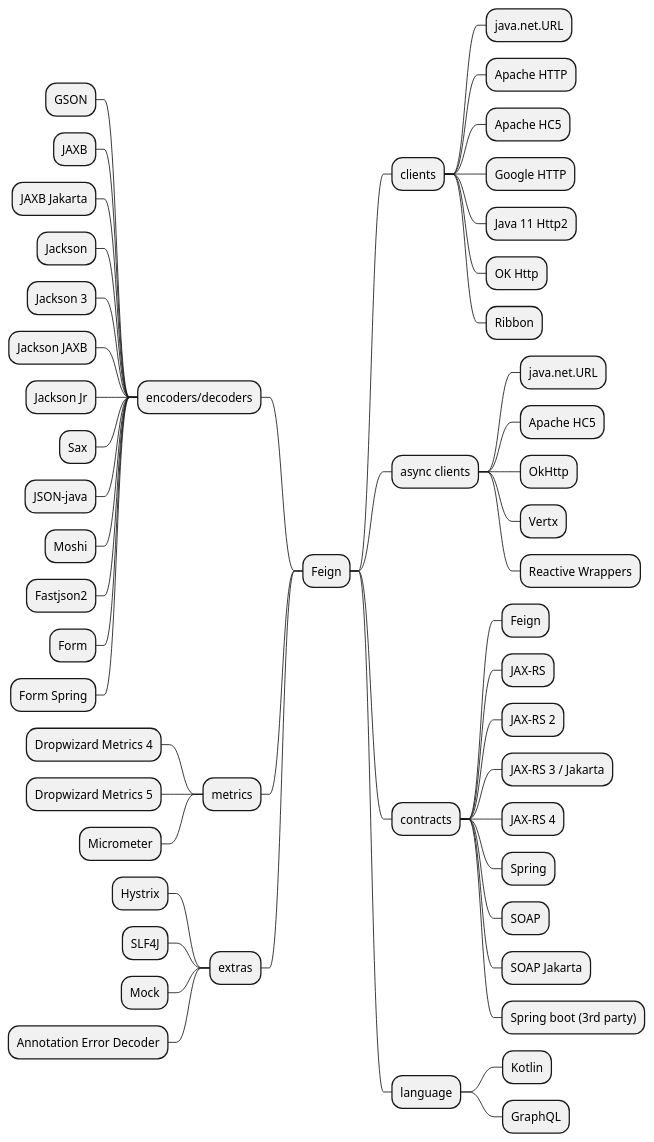
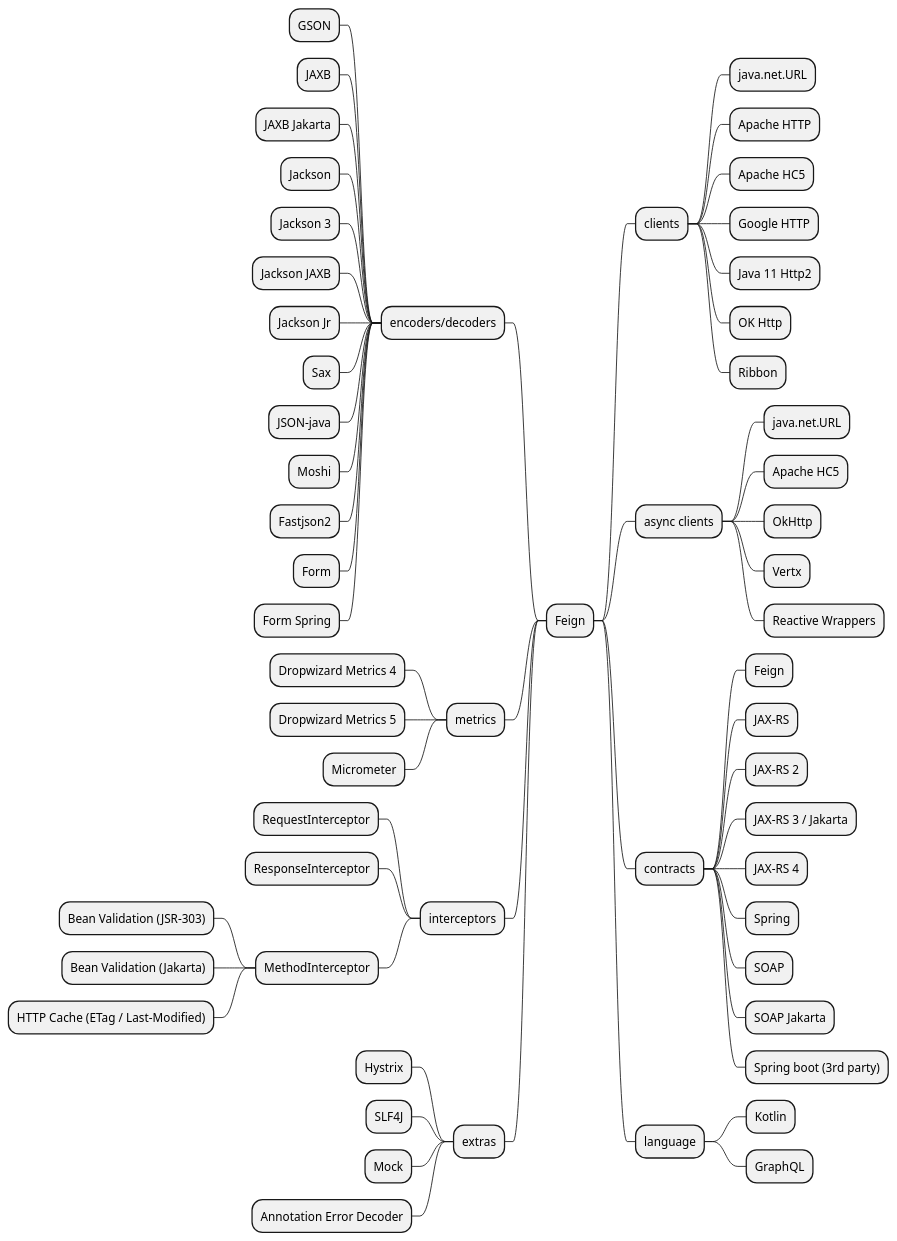
The diagram in src/docs/overview-mindmap.iuml (OpenFeign/feign), drawn with PlantUML before and after one commit.

Commit message:
Add MethodInterceptor branch to README feature overview mindmap

```diff
--- a/src/docs/overview-mindmap.iuml
+++ b/src/docs/overview-mindmap.iuml
@@ -1,56 +1,63 @@
 @startmindmap
 * Feign
 ** clients
 *** java.net.URL
 *** Apache HTTP
 *** Apache HC5
 *** Google HTTP
 *** Java 11 Http2
 *** OK Http
 *** Ribbon
 ** async clients
 *** java.net.URL
 *** Apache HC5
 *** OkHttp
 *** Vertx
 *** Reactive Wrappers
 ** contracts
 *** Feign
 *** JAX-RS
 *** JAX-RS 2
 *** JAX-RS 3 / Jakarta
 *** JAX-RS 4
 *** Spring
 *** SOAP
 *** SOAP Jakarta
 *** Spring boot (3rd party)
 ** language
 *** Kotlin
 *** GraphQL
 
 left side
 
 ** encoders/decoders
 *** GSON
 *** JAXB
 *** JAXB Jakarta
 *** Jackson
 *** Jackson 3
 *** Jackson JAXB
 *** Jackson Jr
 *** Sax
 *** JSON-java
 *** Moshi
 *** Fastjson2
 *** Form
 *** Form Spring
 ** metrics
 *** Dropwizard Metrics 4
 *** Dropwizard Metrics 5
 *** Micrometer
+** interceptors
+*** RequestInterceptor
+*** ResponseInterceptor
+*** MethodInterceptor
+**** Bean Validation (JSR-303)
+**** Bean Validation (Jakarta)
+**** HTTP Cache (ETag / Last-Modified)
 ** extras
 *** Hystrix
 *** SLF4J
 *** Mock
 *** Annotation Error Decoder
 @endmindmap
```
